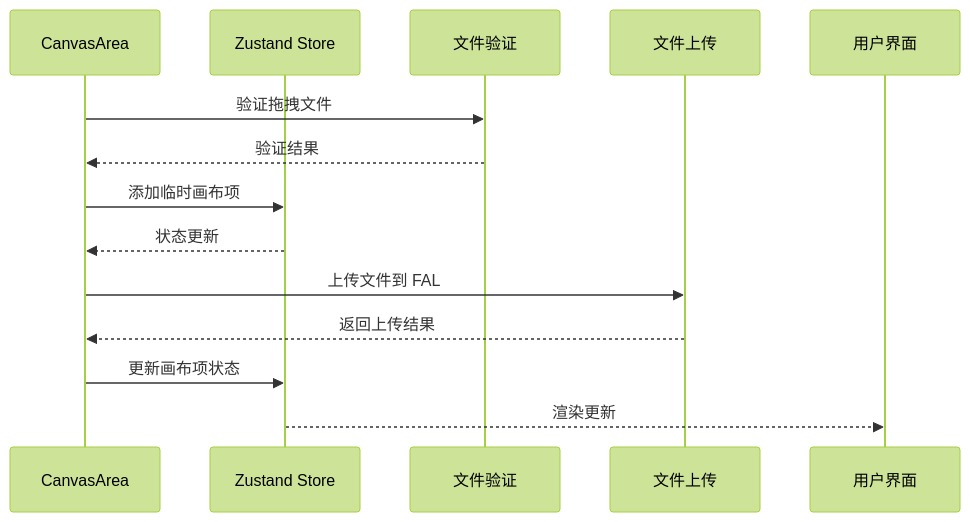
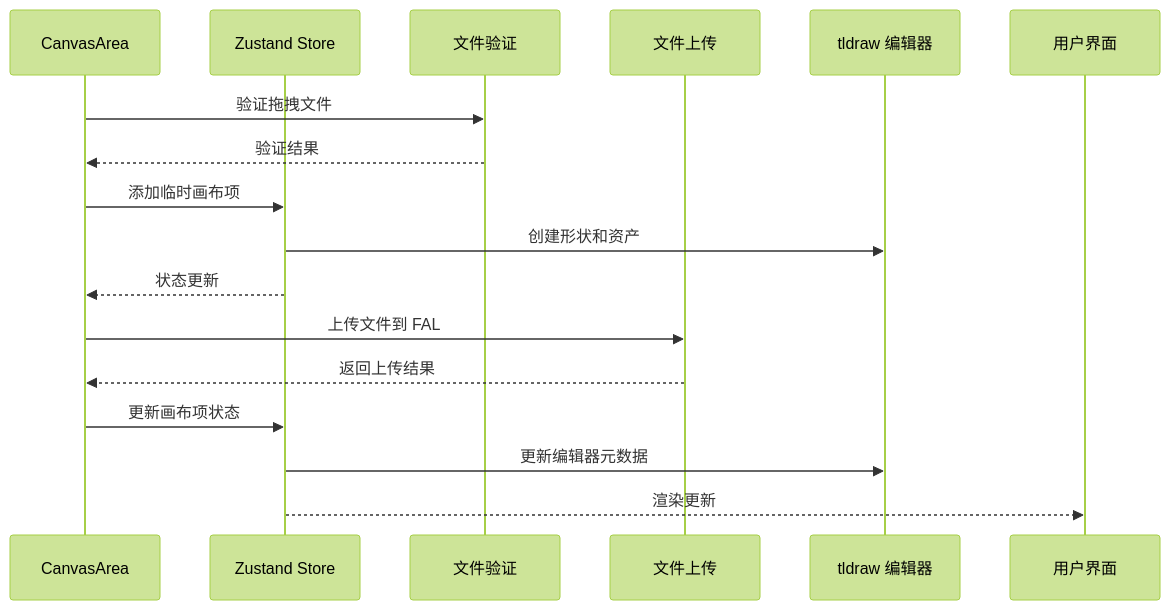
The sixth of 19 diagrams in .qoder/repowiki/zh/content/状态管理系统.md (billye220670/BananaFlow2), drawn with Mermaid (forest theme) before and after one commit. The commit also changed other lines of this file and 10 other files, not shown here.

````diff
--- a/.qoder/repowiki/zh/content/状态管理系统.md
+++ b/.qoder/repowiki/zh/content/状态管理系统.md
@@ -243,16 +299,19 @@
 ```mermaid
 sequenceDiagram
 participant Canvas as CanvasArea
 participant Store as Zustand Store
 participant Validation as 文件验证
 participant Upload as 文件上传
+participant Tldraw as tldraw 编辑器
 participant UI as 用户界面
 Canvas->>Validation : 验证拖拽文件
 Validation-->>Canvas : 验证结果
 Canvas->>Store : 添加临时画布项
+Store->>Tldraw : 创建形状和资产
 Store-->>Canvas : 状态更新
 Canvas->>Upload : 上传文件到 FAL
 Upload-->>Canvas : 返回上传结果
 Canvas->>Store : 更新画布项状态
+Store->>Tldraw : 更新编辑器元数据
 Store-->>UI : 渲染更新
 ```
````
